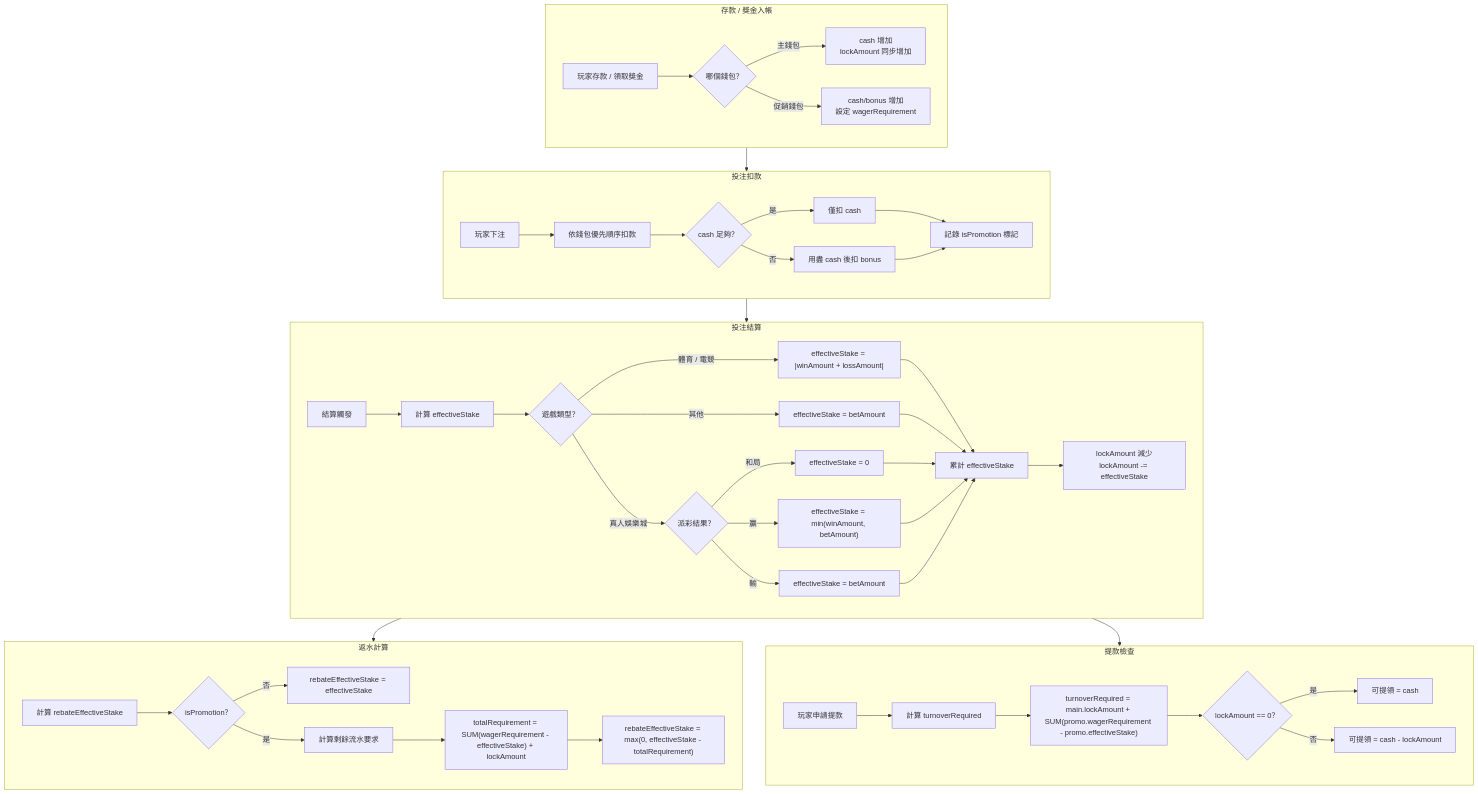
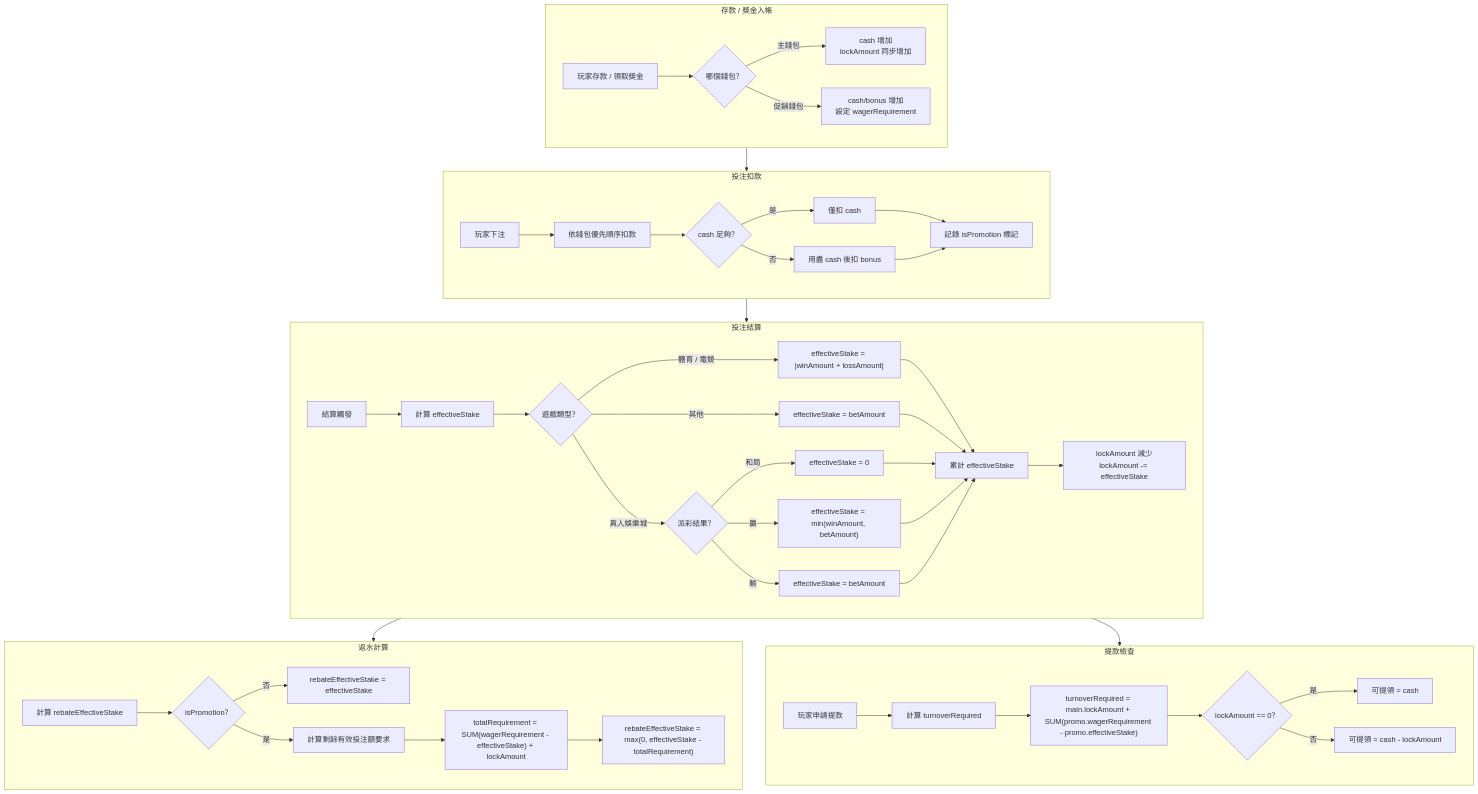
The first of 6 diagrams in docs/iGaming/architecture/02_Finance_Service/Turnover_Calculation_Logic_Detail.md (ron03wlb/smart-admin), drawn with Mermaid before and after one commit. The commit also changed other lines of this file and 14 other files, not shown here.

````diff
--- a/docs/iGaming/architecture/02_Finance_Service/Turnover_Calculation_Logic_Detail.md
+++ b/docs/iGaming/architecture/02_Finance_Service/Turnover_Calculation_Logic_Detail.md
@@ -26,53 +26,53 @@
 ```mermaid
 flowchart TD
     subgraph DEPOSIT["存款 / 獎金入帳"]
         A1[玩家存款 / 領取獎金] --> A2{哪個錢包？}
         A2 -->|主錢包| A3["cash 增加<br/>lockAmount 同步增加"]
         A2 -->|促銷錢包| A4["cash/bonus 增加<br/>設定 wagerRequirement"]
     end
 
     subgraph BET["投注扣款"]
         B1[玩家下注] --> B2[依錢包優先順序扣款]
         B2 --> B3{cash 足夠？}
         B3 -->|是| B4[僅扣 cash]
         B3 -->|否| B5[用盡 cash 後扣 bonus]
         B4 --> B6[記錄 isPromotion 標記]
         B5 --> B6
     end
 
     subgraph SETTLE["投注結算"]
         C1[結算觸發] --> C2[計算 effectiveStake]
         C2 --> C3{遊戲類型？}
         C3 -->|體育 / 電競| C4["effectiveStake = |winAmount + lossAmount|"]
         C3 -->|真人娛樂城| C5{派彩結果？}
         C3 -->|其他| C6["effectiveStake = betAmount"]
         C5 -->|和局| C7["effectiveStake = 0"]
         C5 -->|贏| C8["effectiveStake = min(winAmount, betAmount)"]
         C5 -->|輸| C9["effectiveStake = betAmount"]
         C4 --> C10[累計 effectiveStake]
         C6 --> C10
         C7 --> C10
         C8 --> C10
         C9 --> C10
         C10 --> C11["lockAmount 減少<br/>lockAmount -= effectiveStake"]
     end
 
     subgraph REBATE["返水計算"]
         D1[計算 rebateEffectiveStake] --> D2{isPromotion？}
         D2 -->|否| D3["rebateEffectiveStake = effectiveStake"]
-        D2 -->|是| D4[計算剩餘流水要求]
+        D2 -->|是| D4[計算剩餘有效投注額要求]
         D4 --> D5["totalRequirement = SUM(wagerRequirement - effectiveStake) + lockAmount"]
         D5 --> D6["rebateEffectiveStake = max(0, effectiveStake - totalRequirement)"]
     end
 
     subgraph WITHDRAW["提款檢查"]
         E1[玩家申請提款] --> E2[計算 turnoverRequired]
         E2 --> E3["turnoverRequired = main.lockAmount + SUM(promo.wagerRequirement - promo.effectiveStake)"]
         E3 --> E4{lockAmount == 0？}
         E4 -->|是| E5[可提領 = cash]
         E4 -->|否| E6[可提領 = cash - lockAmount]
     end
 
     DEPOSIT --> BET --> SETTLE --> REBATE
     SETTLE --> WITHDRAW
 ```
````
